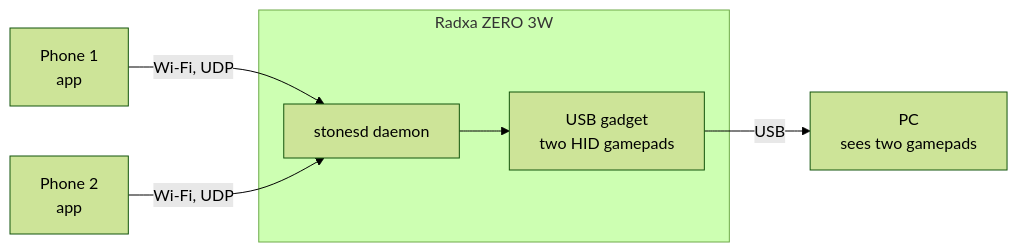
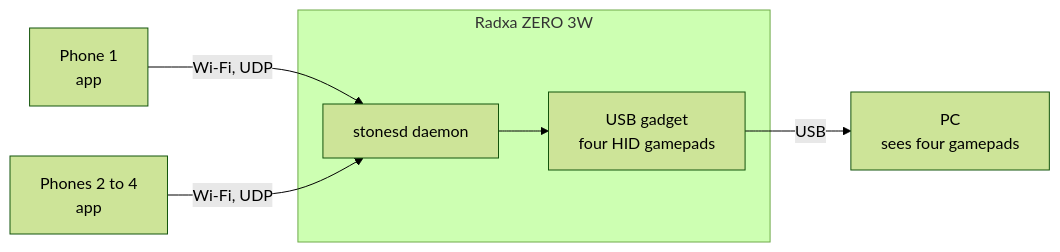
One commit to Saccharoze/phones-as-usb-gamepads changed the diagram in README.md. Above: the diagram before and after it, drawn with Mermaid (forest theme). The commit also changed other lines of this file and 10 other files, not shown here.

First line of the commit message:
board, phone, docs: four pads by default

````diff
--- a/README.md
+++ b/README.md
@@ -15,9 +15,9 @@
 ```mermaid
 flowchart LR
   P1["Phone 1<br/>app"] -- "Wi-Fi, UDP" --> D
-  P2["Phone 2<br/>app"] -- "Wi-Fi, UDP" --> D
+  P2["Phones 2 to 4<br/>app"] -- "Wi-Fi, UDP" --> D
   subgraph B["Radxa ZERO 3W"]
-    D["stonesd daemon"] --> H["USB gadget<br/>two HID gamepads"]
+    D["stonesd daemon"] --> H["USB gadget<br/>four HID gamepads"]
   end
-  H -- "USB" --> PC["PC<br/>sees two gamepads"]
+  H -- "USB" --> PC["PC<br/>sees four gamepads"]
 ```
````
